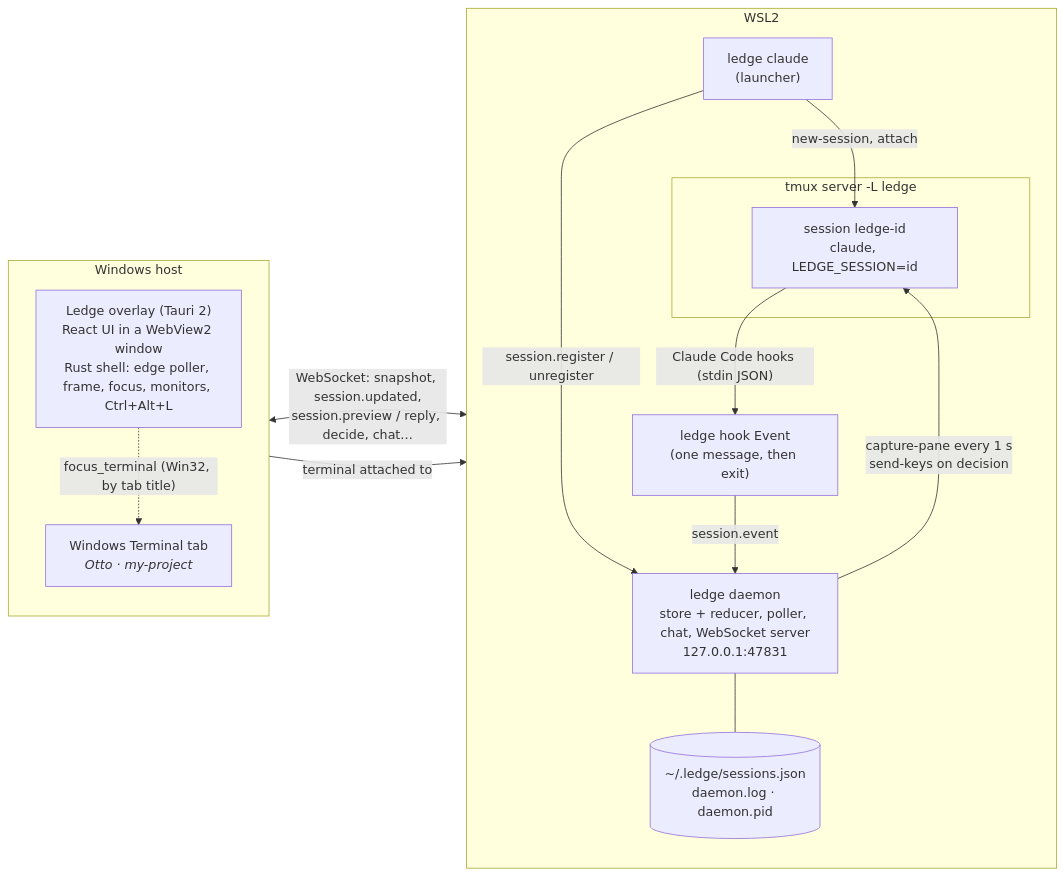
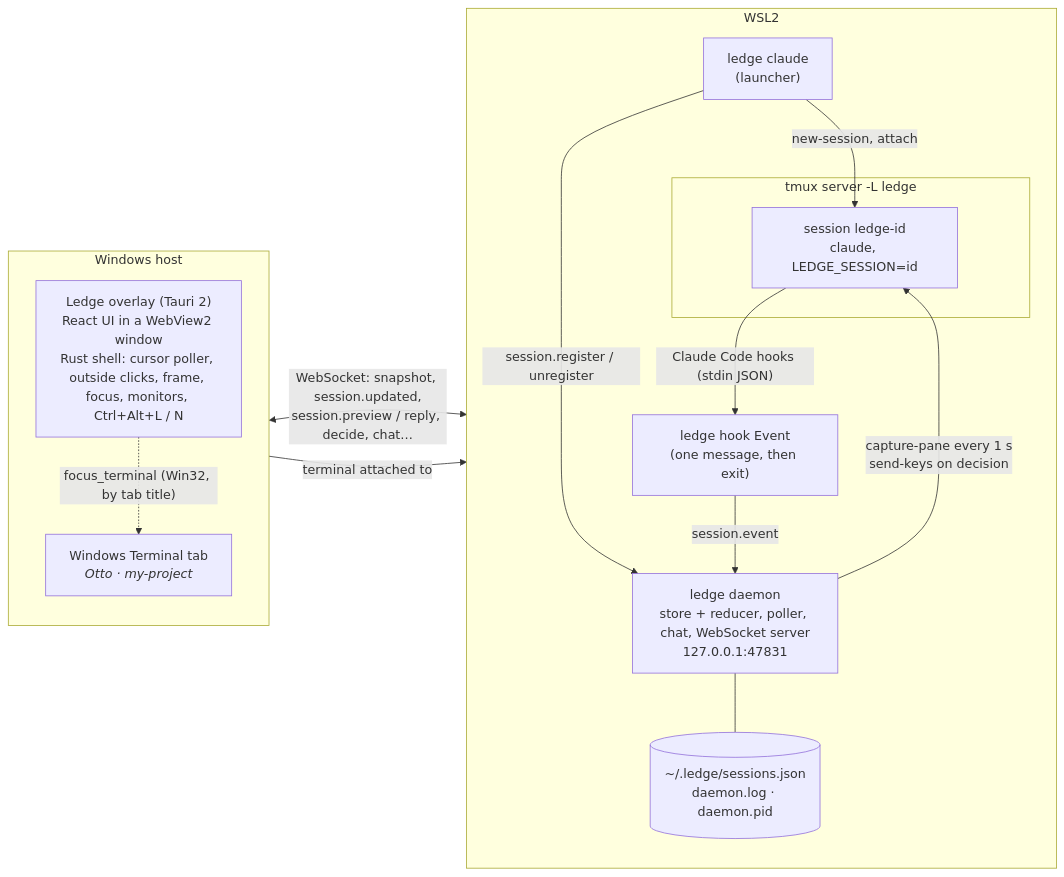
Before and after one commit to Lyssaen/ledge: the first of 2 diagrams in README.md, drawn with Mermaid. The commit also changed other lines of this file and 25 other files, not shown here.

First line of the commit message:
feat(overlay): hover the handle to open, fold on leave or outside click, Alt arrows between sessions

````diff
--- a/README.md
+++ b/README.md
@@ -43,29 +43,29 @@
 ```mermaid
 flowchart LR
   subgraph win["Windows host"]
     direction TB
-    ov["Ledge overlay (Tauri 2)<br/>React UI in a WebView2 window<br/>Rust shell: edge poller, frame, focus, monitors, Ctrl+Alt+L"]
+    ov["Ledge overlay (Tauri 2)<br/>React UI in a WebView2 window<br/>Rust shell: cursor poller, outside clicks, frame, focus, monitors, Ctrl+Alt+L / N"]
     wt["Windows Terminal tab<br/><i>Otto · my-project</i>"]
     ov -. "focus_terminal (Win32, by tab title)" .-> wt
   end
 
   subgraph wsl["WSL2"]
     direction TB
     daemon["ledge daemon<br/>store + reducer, poller, chat, WebSocket server<br/>127.0.0.1:47831"]
     launcher["ledge claude<br/>(launcher)"]
     hook["ledge hook Event<br/>(one message, then exit)"]
     subgraph tmux["tmux server -L ledge"]
       pane["session ledge-id<br/>claude, LEDGE_SESSION=id"]
     end
     journal[("~/.ledge/sessions.json<br/>daemon.log · daemon.pid")]
   end
 
   ov <-- "WebSocket: snapshot, session.updated,<br/>session.preview / reply, decide, chat…" --> daemon
   launcher -- "session.register / unregister" --> daemon
   launcher -- "new-session, attach" --> pane
   wt -- "terminal attached to" --> pane
   pane -- "Claude Code hooks (stdin JSON)" --> hook
   hook -- "session.event" --> daemon
   daemon -- "capture-pane every 1 s<br/>send-keys on decision" --> pane
   daemon --- journal
 ```
````
